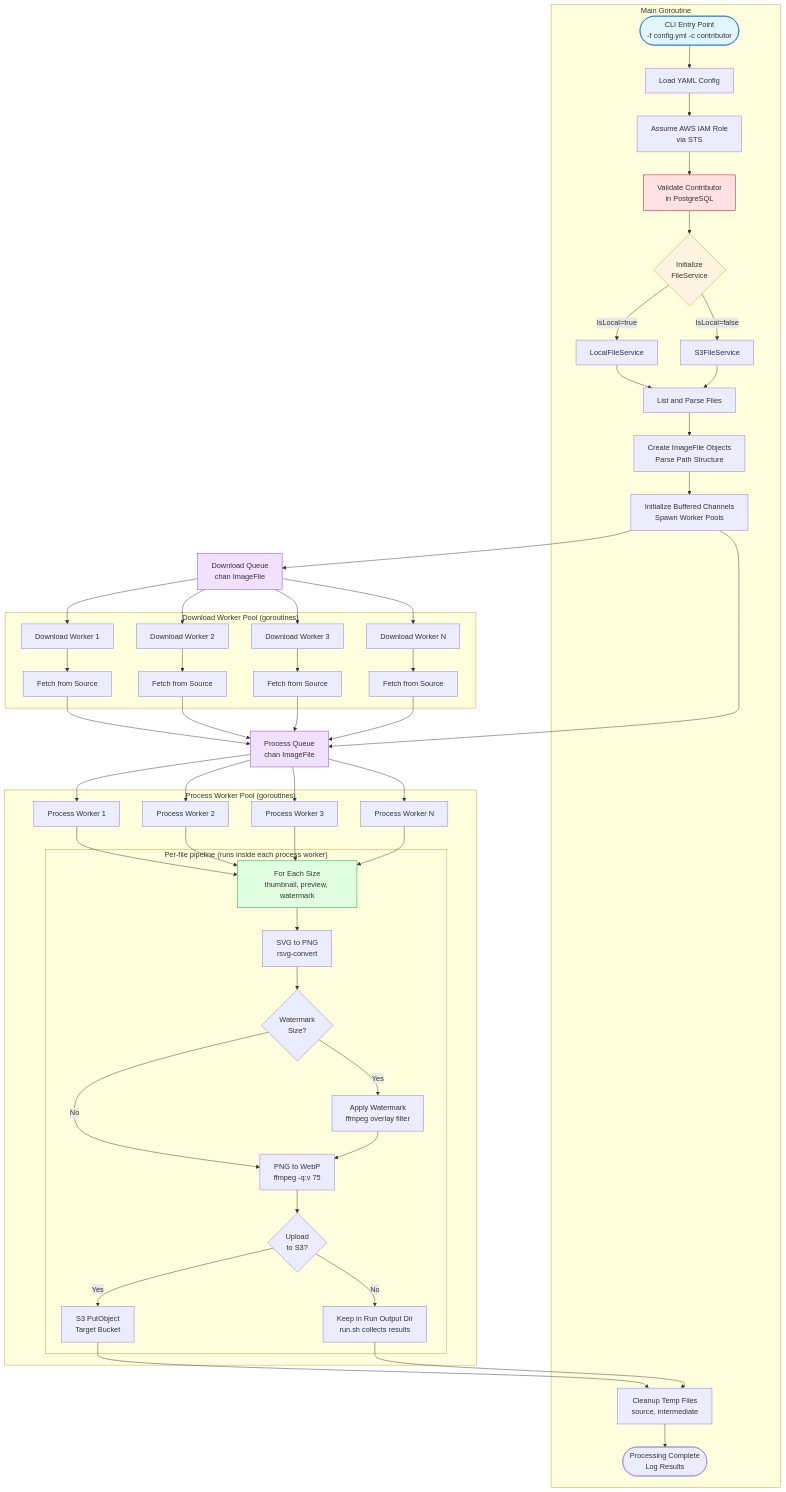
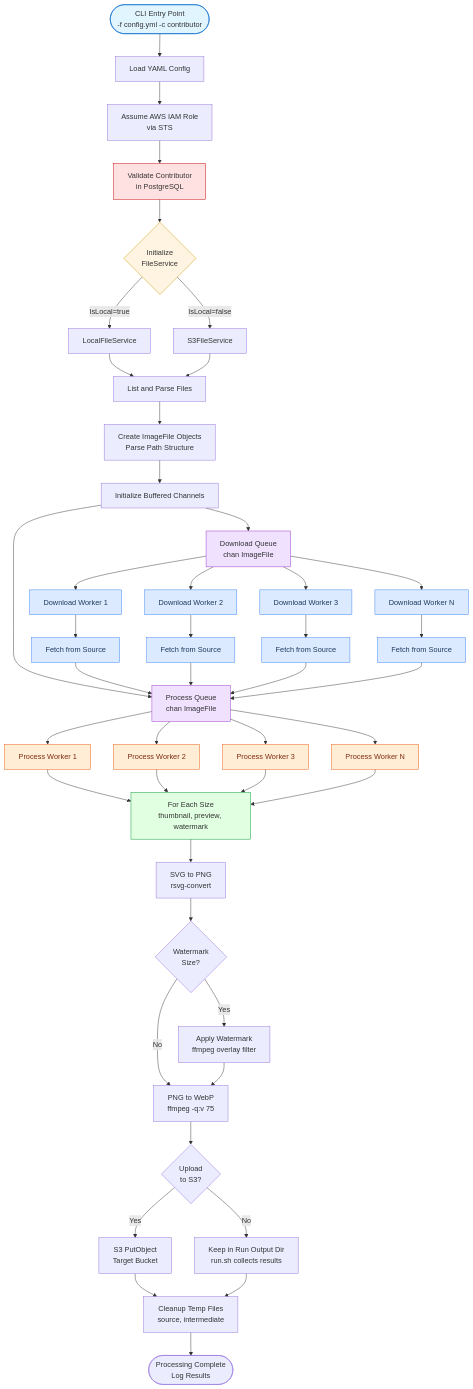
One commit to iconifyit/go-batch-svg-to-webp changed the diagram in diagrams/process-flow.mmd. Above: the diagram before and after it, drawn with Mermaid. The commit also changed 1 other file, not shown here.

Commit message:
docs: color-differentiate download and process worker threads in process-flow diagram

```diff
--- a/diagrams/process-flow.mmd
+++ b/diagrams/process-flow.mmd
@@ -1,78 +1,69 @@
 graph TB
-    subgraph MAIN["Main Goroutine"]
-        START([CLI Entry Point<br/>-f config.yml -c contributor]) --> CONFIG[Load YAML Config]
-        CONFIG --> ROLE[Assume AWS IAM Role<br/>via STS]
-        ROLE --> VALIDATE[Validate Contributor<br/>in PostgreSQL]
-        VALIDATE --> FILESERVICE{Initialize<br/>FileService}
+    START([CLI Entry Point<br/>-f config.yml -c contributor]) --> CONFIG[Load YAML Config]
 
-        FILESERVICE -->|IsLocal=true| LOCAL[LocalFileService]
-        FILESERVICE -->|IsLocal=false| S3FS[S3FileService]
+    CONFIG --> ROLE[Assume AWS IAM Role<br/>via STS]
+    ROLE --> VALIDATE[Validate Contributor<br/>in PostgreSQL]
+    VALIDATE --> FILESERVICE{Initialize<br/>FileService}
 
-        LOCAL --> LISTFILES[List and Parse Files]
-        S3FS --> LISTFILES
+    FILESERVICE -->|IsLocal=true| LOCAL[LocalFileService]
+    FILESERVICE -->|IsLocal=false| S3FS[S3FileService]
 
-        LISTFILES --> IMAGEFILES[Create ImageFile Objects<br/>Parse Path Structure]
-        IMAGEFILES --> QUEUES[Initialize Buffered Channels<br/>Spawn Worker Pools]
+    LOCAL --> LISTFILES[List and Parse Files]
+    S3FS --> LISTFILES
 
-        CLEANUP[Cleanup Temp Files<br/>source, intermediate] --> DONE([Processing Complete<br/>Log Results])
-    end
+    LISTFILES --> IMAGEFILES[Create ImageFile Objects<br/>Parse Path Structure]
+    IMAGEFILES --> QUEUES[Initialize Buffered Channels]
 
     QUEUES --> DOWNLOADQ[Download Queue<br/>chan ImageFile]
     QUEUES --> PROCESSQ[Process Queue<br/>chan ImageFile]
 
-    subgraph DLPOOL["Download Worker Pool (goroutines)"]
-        DLW1[Download Worker 1] --> FETCH1[Fetch from Source]
-        DLW2[Download Worker 2] --> FETCH2[Fetch from Source]
-        DLW3[Download Worker 3] --> FETCH3[Fetch from Source]
-        DLWN[Download Worker N] --> FETCHN[Fetch from Source]
-    end
+    DOWNLOADQ --> DLW1[Download Worker 1]
+    DOWNLOADQ --> DLW2[Download Worker 2]
+    DOWNLOADQ --> DLW3[Download Worker 3]
+    DOWNLOADQ --> DLWN[Download Worker N]
 
-    DOWNLOADQ --> DLW1
-    DOWNLOADQ --> DLW2
-    DOWNLOADQ --> DLW3
-    DOWNLOADQ --> DLWN
+    DLW1 --> FETCH1[Fetch from Source]
+    DLW2 --> FETCH2[Fetch from Source]
+    DLW3 --> FETCH3[Fetch from Source]
+    DLWN --> FETCHN[Fetch from Source]
 
     FETCH1 --> PROCESSQ
     FETCH2 --> PROCESSQ
     FETCH3 --> PROCESSQ
     FETCHN --> PROCESSQ
 
-    subgraph PWPOOL["Process Worker Pool (goroutines)"]
-        PW1[Process Worker 1]
-        PW2[Process Worker 2]
-        PW3[Process Worker 3]
-        PWN[Process Worker N]
+    PROCESSQ --> PW1[Process Worker 1]
+    PROCESSQ --> PW2[Process Worker 2]
+    PROCESSQ --> PW3[Process Worker 3]
+    PROCESSQ --> PWN[Process Worker N]
 
-        subgraph PIPELINE["Per-file pipeline (runs inside each process worker)"]
-            SIZES[For Each Size<br/>thumbnail, preview, watermark] --> SVG2PNG[SVG to PNG<br/>rsvg-convert]
+    PW1 --> SIZES[For Each Size<br/>thumbnail, preview, watermark]
+    PW2 --> SIZES
+    PW3 --> SIZES
+    PWN --> SIZES
+    SIZES --> SVG2PNG[SVG to PNG<br/>rsvg-convert]
 
-            SVG2PNG --> CHECKWM{Watermark<br/>Size?}
-            CHECKWM -->|Yes| APPLYWM[Apply Watermark<br/>ffmpeg overlay filter]
-            CHECKWM -->|No| PNG2WEBP[PNG to WebP<br/>ffmpeg -q:v 75]
-            APPLYWM --> PNG2WEBP
+    SVG2PNG --> CHECKWM{Watermark<br/>Size?}
+    CHECKWM -->|Yes| APPLYWM[Apply Watermark<br/>ffmpeg overlay filter]
+    CHECKWM -->|No| PNG2WEBP[PNG to WebP<br/>ffmpeg -q:v 75]
+    APPLYWM --> PNG2WEBP
 
-            PNG2WEBP --> UPLOADCHECK{Upload<br/>to S3?}
-            UPLOADCHECK -->|Yes| S3UPLOAD[S3 PutObject<br/>Target Bucket]
-            UPLOADCHECK -->|No| LOCALSAVE[Keep in Run Output Dir<br/>run.sh collects results]
-        end
+    PNG2WEBP --> UPLOADCHECK{Upload<br/>to S3?}
+    UPLOADCHECK -->|Yes| S3UPLOAD[S3 PutObject<br/>Target Bucket]
+    UPLOADCHECK -->|No| LOCALSAVE[Keep in Run Output Dir<br/>run.sh collects results]
 
-        PW1 --> SIZES
-        PW2 --> SIZES
-        PW3 --> SIZES
-        PWN --> SIZES
-    end
+    S3UPLOAD --> CLEANUP[Cleanup Temp Files<br/>source, intermediate]
+    LOCALSAVE --> CLEANUP
 
-    PROCESSQ --> PW1
-    PROCESSQ --> PW2
-    PROCESSQ --> PW3
-    PROCESSQ --> PWN
-
-    S3UPLOAD --> CLEANUP
-    LOCALSAVE --> CLEANUP
+    CLEANUP --> DONE([Processing Complete<br/>Log Results])
 
     style START fill:#e1f5ff,stroke:#0066cc
     style FILESERVICE fill:#fff4e1,stroke:#cc9900
     style DOWNLOADQ fill:#f0e1ff,stroke:#9933cc
     style PROCESSQ fill:#f0e1ff,stroke:#9933cc
     style SIZES fill:#e1ffe1,stroke:#009933
     style VALIDATE fill:#ffe1e1,stroke:#cc0000
+    classDef dlThread fill:#dbeafe,stroke:#3b82f6,color:#1e3a5f
+    classDef pwThread fill:#ffedd5,stroke:#ea580c,color:#7c2d12
+    class DLW1,DLW2,DLW3,DLWN,FETCH1,FETCH2,FETCH3,FETCHN dlThread
+    class PW1,PW2,PW3,PWN pwThread
```
